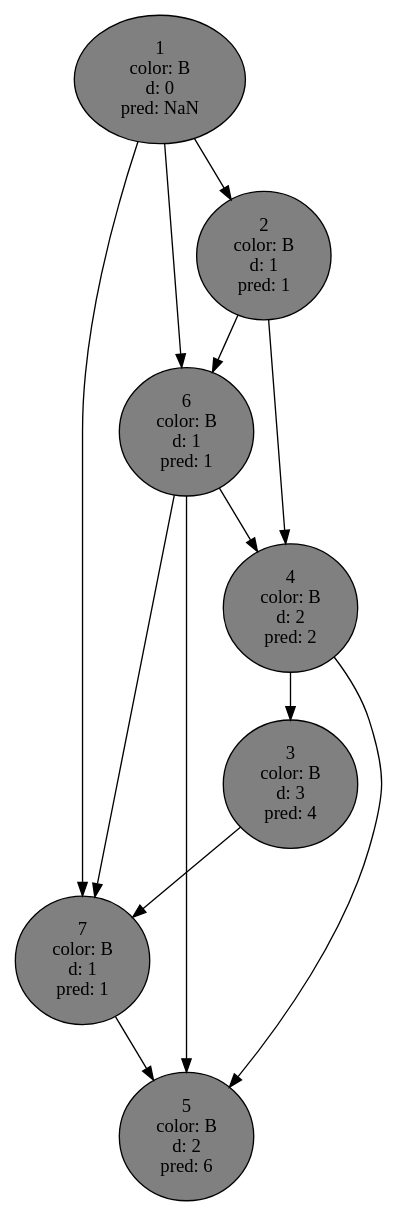
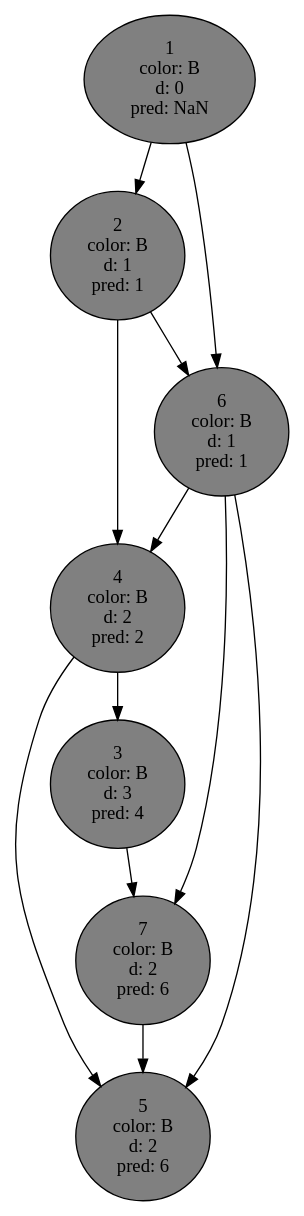
The diagram in PoslednjiKol/Vezba1/output.dot (markonovic00/octave), drawn with Graphviz before and after one commit. The commit also changed 10 other files, not shown here.

```diff
--- a/PoslednjiKol/Vezba1/output.dot
+++ b/PoslednjiKol/Vezba1/output.dot
@@ -1,1 +1,1 @@
-digraph{node [style=bold]1->2;1->6;1->7;2->4;2->6;3->7;4->3;4->5;6->4;6->5;6->7;7->5;1 [fillcolor = "#808080"style=filled, label="1\ncolor: B\nd: 0\npred: NaN\n"];2 [fillcolor = "#808080"style=filled, label="2\ncolor: B\nd: 1\npred: 1\n"];3 [fillcolor = "#808080"style=filled, label="3\ncolor: B\nd: 3\npred: 4\n"];4 [fillcolor = "#808080"style=filled, label="4\ncolor: B\nd: 2\npred: 2\n"];5 [fillcolor = "#808080"style=filled, label="5\ncolor: B\nd: 2\npred: 6\n"];6 [fillcolor = "#808080"style=filled, label="6\ncolor: B\nd: 1\npred: 1\n"];7 [fillcolor = "#808080"style=filled, label="7\ncolor: B\nd: 1\npred: 1\n"];}
+digraph{node [style=bold]1->2;1->6;2->4;2->6;3->7;4->3;4->5;6->4;6->5;6->7;7->5;1 [fillcolor = "#808080"style=filled, label="1\ncolor: B\nd: 0\npred: NaN\n"];2 [fillcolor = "#808080"style=filled, label="2\ncolor: B\nd: 1\npred: 1\n"];3 [fillcolor = "#808080"style=filled, label="3\ncolor: B\nd: 3\npred: 4\n"];4 [fillcolor = "#808080"style=filled, label="4\ncolor: B\nd: 2\npred: 2\n"];5 [fillcolor = "#808080"style=filled, label="5\ncolor: B\nd: 2\npred: 6\n"];6 [fillcolor = "#808080"style=filled, label="6\ncolor: B\nd: 1\npred: 1\n"];7 [fillcolor = "#808080"style=filled, label="7\ncolor: B\nd: 2\npred: 6\n"];}
```
